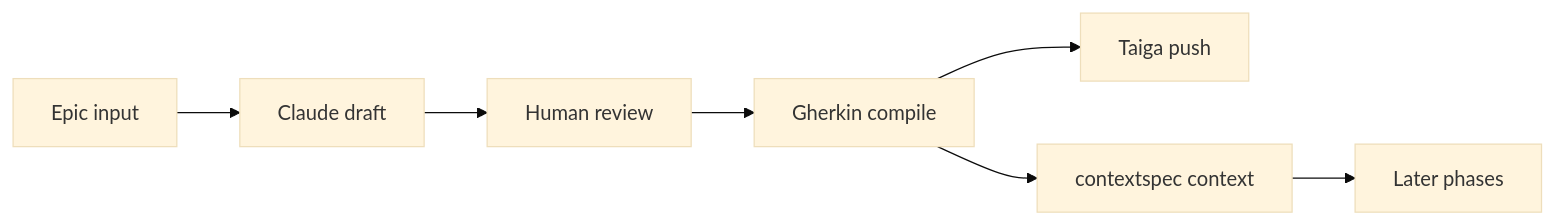
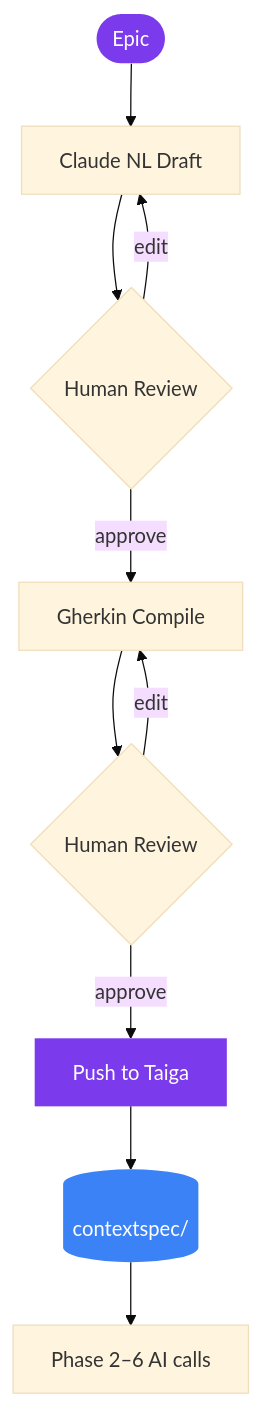
One commit to thomastabs/apex changed the diagram in README.md. Above: the diagram before and after it, drawn with Mermaid (base theme). The commit also changed other lines of this file, not shown here.

Commit message:
Update README: Apex branding, fixed diagram, Azure deployment section

````diff
--- a/README.md
+++ b/README.md
@@ -9,9 +9,16 @@
 ```mermaid
-flowchart LR
-  A[Epic input] --> B[Claude draft]
-  B --> C[Human review]
-  C --> D[Gherkin compile]
-  D --> E[Taiga push]
-  D --> F[contextspec context]
-  F --> G[Later phases]
+flowchart TD
+    A([Epic]) --> B[Claude NL Draft]
+    B --> C{Human Review}
+    C -->|edit| B
+    C -->|approve| D[Gherkin Compile]
+    D --> E{Human Review}
+    E -->|edit| D
+    E -->|approve| F[Push to Taiga]
+    F --> G[(contextspec/)]
+    G --> H[Phase 2–6 AI calls]
+
+    style A fill:#7c3aed,color:#fff,stroke:none
+    style F fill:#7c3aed,color:#fff,stroke:none
+    style G fill:#3b82f6,color:#fff,stroke:none
 ```
````
